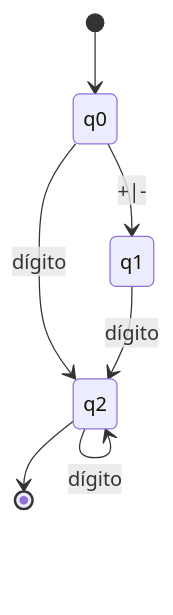
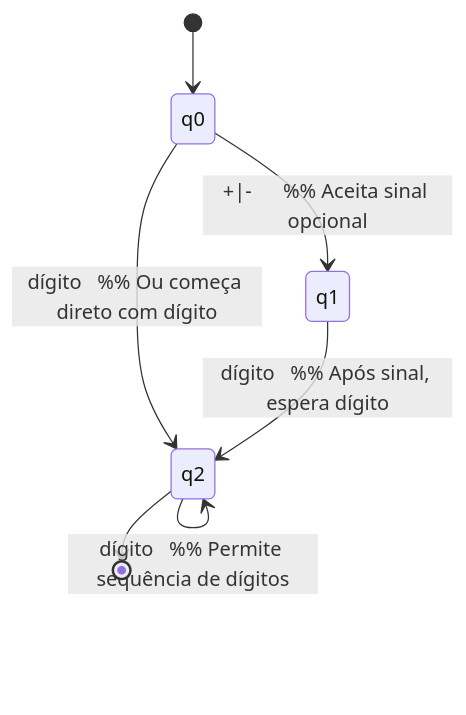
Before and after one commit to vikkev/Apollo-Language: the second of 6 diagrams in afds.md, drawn with Mermaid. The commit also changed other lines of this file and 9 other files, not shown here.

Commit message:
Comentários e Diagrama AFD final

````diff
--- a/afds.md
+++ b/afds.md
@@ -13,9 +13,9 @@
 ```mermaid
 stateDiagram-v2
-    [*] --> q0
-    q0 --> q1 : +|-
-    q0 --> q2 : dígito
-    q1 --> q2 : dígito
-    q2 --> q2 : dígito
-    q2 --> [*]
+    [*] --> q0           %% Início do autômato
+    q0 --> q1 : +|-      %% Aceita sinal opcional
+    q0 --> q2 : dígito   %% Ou começa direto com dígito
+    q1 --> q2 : dígito   %% Após sinal, espera dígito
+    q2 --> q2 : dígito   %% Permite sequência de dígitos
+    q2 --> [*]           %% Estado final (inteiro reconhecido)
 ```
````
